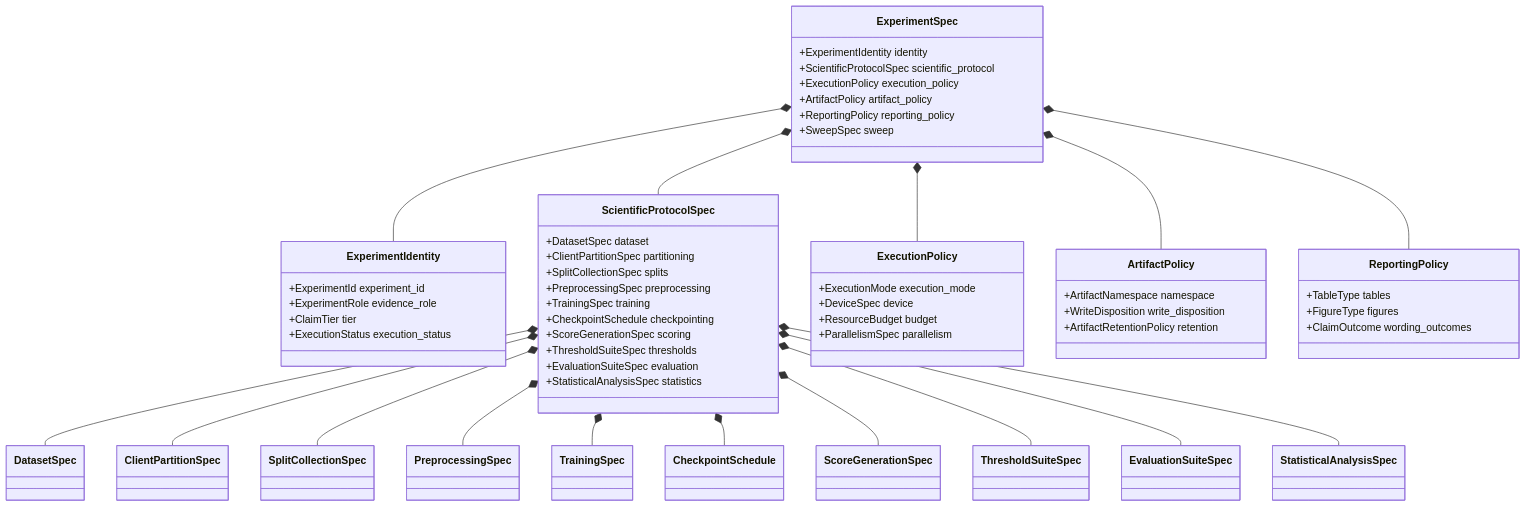
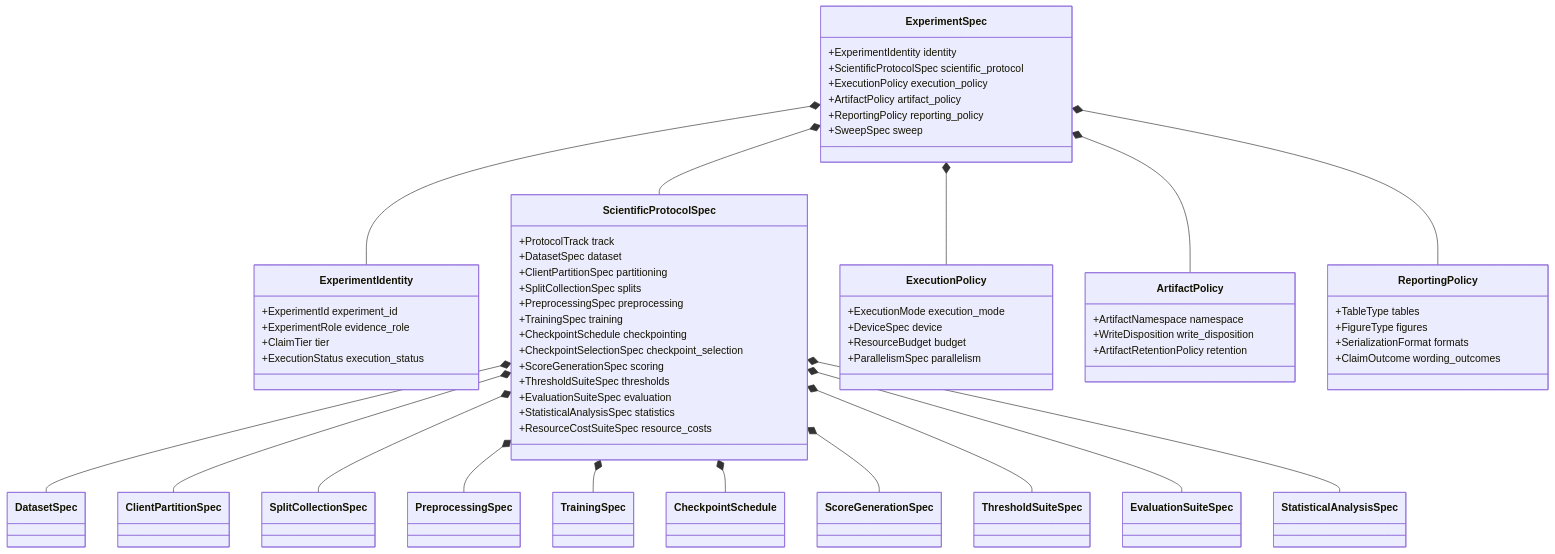
The second of 10 diagrams in docs/DATP Core Architecture.md (naslouby-salahe/datp-core), drawn with Mermaid before and after one commit. The commit also changed other lines of this file, not shown here.

Commit message:
Update architecture

````diff
--- a/docs/DATP Core Architecture.md
+++ b/docs/DATP Core Architecture.md
@@ -564,60 +620,64 @@
 ```mermaid
 classDiagram
     class ExperimentSpec {
       +ExperimentIdentity identity
       +ScientificProtocolSpec scientific_protocol
       +ExecutionPolicy execution_policy
       +ArtifactPolicy artifact_policy
       +ReportingPolicy reporting_policy
       +SweepSpec sweep
     }
     class ExperimentIdentity {
       +ExperimentId experiment_id
       +ExperimentRole evidence_role
       +ClaimTier tier
       +ExecutionStatus execution_status
     }
     class ScientificProtocolSpec {
+      +ProtocolTrack track
       +DatasetSpec dataset
       +ClientPartitionSpec partitioning
       +SplitCollectionSpec splits
       +PreprocessingSpec preprocessing
       +TrainingSpec training
       +CheckpointSchedule checkpointing
+      +CheckpointSelectionSpec checkpoint_selection
       +ScoreGenerationSpec scoring
       +ThresholdSuiteSpec thresholds
       +EvaluationSuiteSpec evaluation
       +StatisticalAnalysisSpec statistics
+      +ResourceCostSuiteSpec resource_costs
     }
     class ExecutionPolicy {
       +ExecutionMode execution_mode
       +DeviceSpec device
       +ResourceBudget budget
       +ParallelismSpec parallelism
     }
     class ArtifactPolicy {
       +ArtifactNamespace namespace
       +WriteDisposition write_disposition
       +ArtifactRetentionPolicy retention
     }
     class ReportingPolicy {
       +TableType tables
       +FigureType figures
+      +SerializationFormat formats
       +ClaimOutcome wording_outcomes
     }
     ExperimentSpec *-- ExperimentIdentity
     ExperimentSpec *-- ScientificProtocolSpec
     ExperimentSpec *-- ExecutionPolicy
     ExperimentSpec *-- ArtifactPolicy
     ExperimentSpec *-- ReportingPolicy
     ScientificProtocolSpec *-- DatasetSpec
     ScientificProtocolSpec *-- ClientPartitionSpec
     ScientificProtocolSpec *-- SplitCollectionSpec
     ScientificProtocolSpec *-- PreprocessingSpec
     ScientificProtocolSpec *-- TrainingSpec
     ScientificProtocolSpec *-- CheckpointSchedule
     ScientificProtocolSpec *-- ScoreGenerationSpec
     ScientificProtocolSpec *-- ThresholdSuiteSpec
     ScientificProtocolSpec *-- EvaluationSuiteSpec
     ScientificProtocolSpec *-- StatisticalAnalysisSpec
 ```
````
